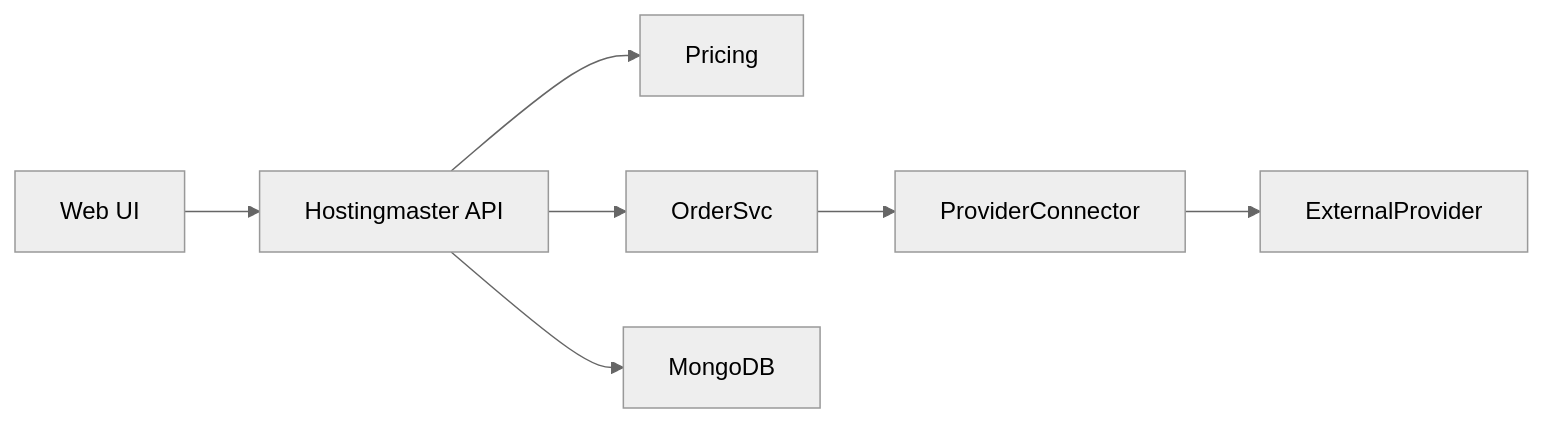
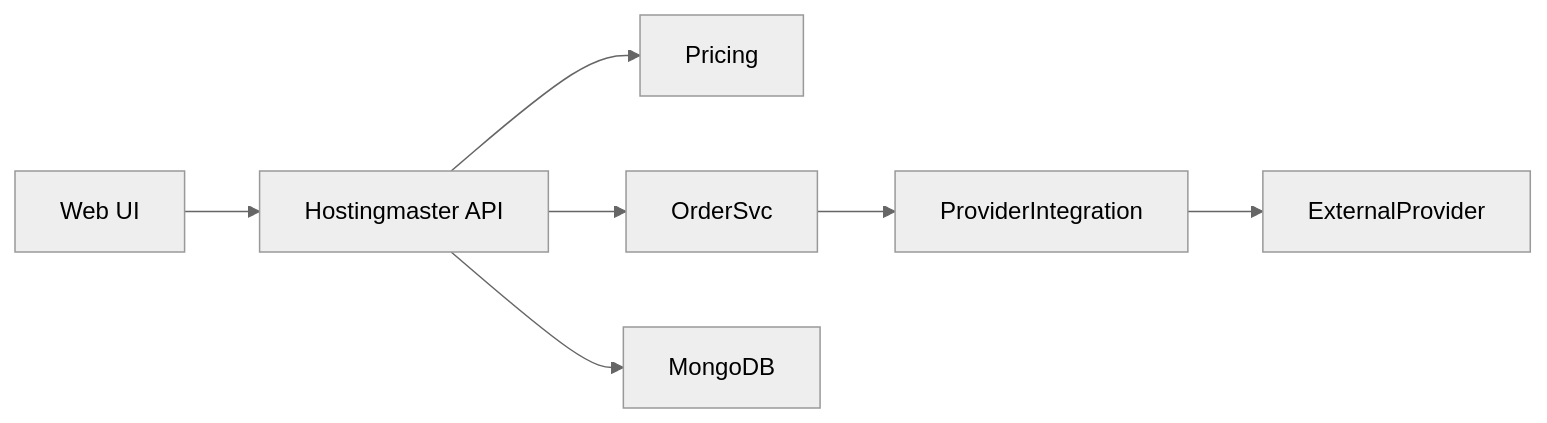
One commit to tofi2k/doc changed the second of 7 diagrams in architecture/arc42.md. Above: the diagram before and after it, drawn with Mermaid (neutral theme). The commit also changed other lines of this file and 4 other files, not shown here.

````diff
--- a/architecture/arc42.md
+++ b/architecture/arc42.md
@@ -78,9 +79,9 @@
 ```mermaid
 flowchart LR
     UI[Web UI] --> API[Hostingmaster API]
     API --> Pricing
     API --> OrderSvc
-    OrderSvc --> ProviderConnector
-    ProviderConnector --> ExternalProvider
+    OrderSvc --> ProviderIntegration
+    ProviderIntegration --> ExternalProvider
     API --> MongoDB
 ```
````
